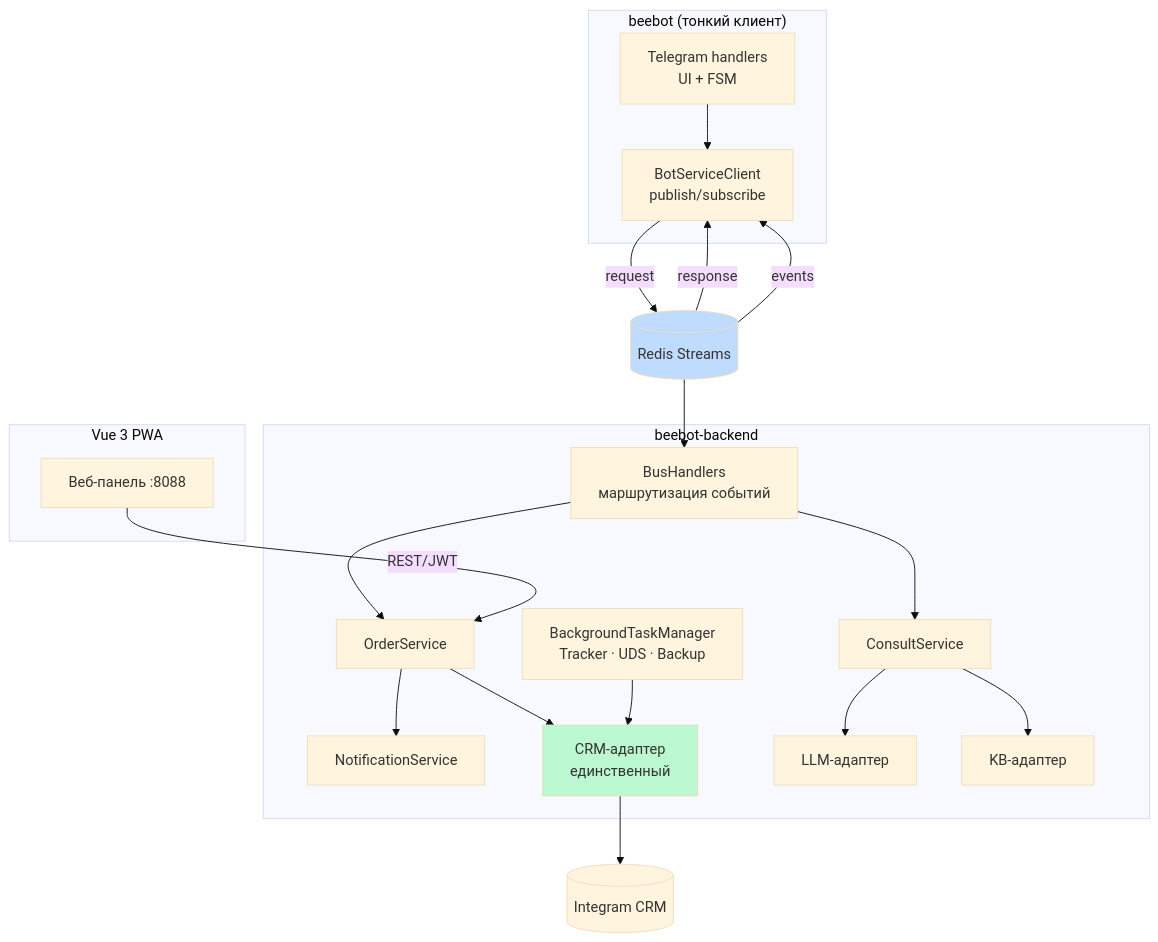
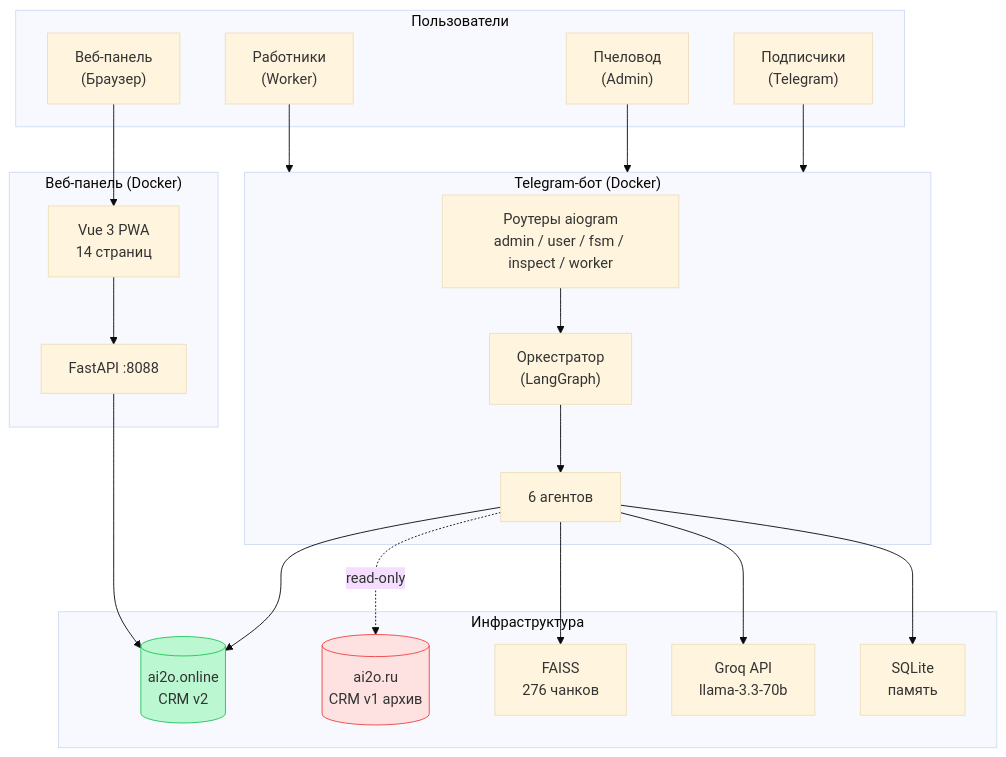
Before and after one commit to unidel2035/BEEBOT: the first of 10 diagrams in docs/architecture.md, drawn with Mermaid (base theme). The commit also changed other lines of this file and 4 other files, not shown here.

First line of the commit message:
docs: анализ проекта, план развития, архитектурные диаграммы (#144)

````diff
--- a/docs/architecture.md
+++ b/docs/architecture.md
@@ -43,46 +9,40 @@
 ```mermaid
 graph TB
-    subgraph BOT["beebot (тонкий клиент)"]
-        T_BOT[Telegram handlers<br/>UI + FSM]
-        T_CLIENT[BotServiceClient<br/>publish/subscribe]
+    subgraph USERS["Пользователи"]
+        U1["Подписчики<br/>(Telegram)"]
+        U2["Пчеловод<br/>(Admin)"]
+        U3["Работники<br/>(Worker)"]
+        U4["Веб-панель<br/>(Браузер)"]
     end
 
-    REDIS[(Redis Streams)]
-
-    subgraph BACKEND["beebot-backend"]
-        S_BUS[BusHandlers<br/>маршрутизация событий]
-        S_ORDER[OrderService]
-        S_CONSULT[ConsultService]
-        S_NOTIFY[NotificationService]
-        S_BG[BackgroundTaskManager<br/>Tracker · UDS · Backup]
-        I_CRM[CRM-адаптер<br/>единственный]
-        I_LLM[LLM-адаптер]
-        I_KB[KB-адаптер]
+    subgraph BOT["Telegram-бот (Docker)"]
+        HANDLERS["Роутеры aiogram<br/>admin / user / fsm / inspect / worker"]
+        ORCH["Оркестратор<br/>(LangGraph)"]
+        AGENTS["6 агентов"]
     end
 
-    subgraph WEB_PANEL["Vue 3 PWA"]
-        W_VUE[Веб-панель :8088]
+    subgraph WEB["Веб-панель (Docker)"]
+        API["FastAPI :8088"]
+        VUE["Vue 3 PWA<br/>14 страниц"]
     end
 
-    CRM[(Integram CRM)]
+    subgraph INFRA["Инфраструктура"]
+        CRM_V2[("ai2o.online<br/>CRM v2")]
+        CRM_V1[("ai2o.ru<br/>CRM v1 архив")]
+        KB["FAISS<br/>276 чанков"]
+        LLM["Groq API<br/>llama-3.3-70b"]
+        MEM["SQLite<br/>память"]
+    end
 
-    T_BOT --> T_CLIENT
-    T_CLIENT -->|request| REDIS
-    REDIS -->|response| T_CLIENT
-    REDIS -->|events| T_CLIENT
+    U1 & U2 & U3 --> BOT
+    U4 --> VUE --> API
 
-    REDIS --> S_BUS
-    S_BUS --> S_ORDER & S_CONSULT
+    HANDLERS --> ORCH --> AGENTS
+    AGENTS --> KB & LLM & MEM
+    AGENTS --> CRM_V2
+    API --> CRM_V2
+    AGENTS -.->|"read-only"| CRM_V1
 
-    W_VUE -->|REST/JWT| S_ORDER
-
-    S_ORDER --> I_CRM
-    S_ORDER --> S_NOTIFY
-    S_CONSULT --> I_LLM & I_KB
-    S_BG --> I_CRM
-
-    I_CRM --> CRM
-
-    style I_CRM fill:#bbf7d0
-    style REDIS fill:#bfdbfe
+    style CRM_V2 fill:#bbf7d0,stroke:#22c55e
+    style CRM_V1 fill:#fee2e2,stroke:#ef4444
 ```
````
